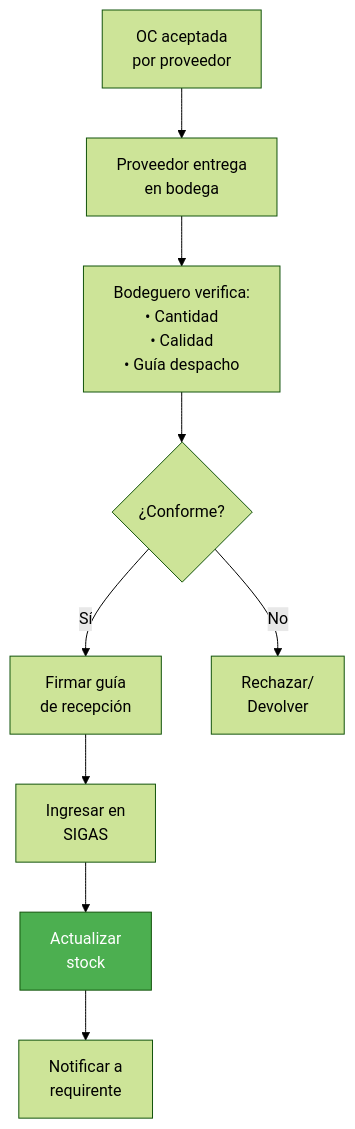
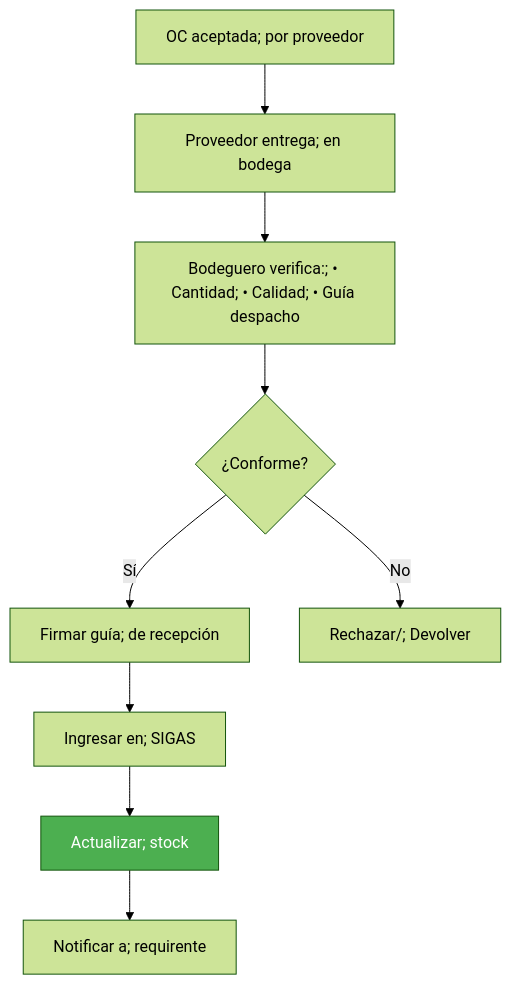
Before and after one commit to felix-antonio-sl/kora: the third of 12 diagrams in drafts/gn/bpmn/bpmn-d05-inventarios-activo-fijo.md, drawn with Mermaid (forest theme). The commit also changed other lines of this file and 265 other files, not shown here.

````diff
--- a/drafts/gn/bpmn/bpmn-d05-inventarios-activo-fijo.md
+++ b/drafts/gn/bpmn/bpmn-d05-inventarios-activo-fijo.md
@@ -115,12 +118,13 @@
 ```mermaid
 flowchart TD
-    A["OC aceptada<br/>por proveedor"] --> B["Proveedor entrega<br/>en bodega"]
-    B --> C["Bodeguero verifica:<br/>• Cantidad<br/>• Calidad<br/>• Guía despacho"]
-    C --> D{"¿Conforme?"}
-    D -->|"Sí"| E["Firmar guía<br/>de recepción"]
-    D -->|"No"| F["Rechazar/<br/>Devolver"]
-    E --> G["Ingresar en<br/>SIGAS"]
-    G --> H["Actualizar<br/>stock"]
-    H --> I["Notificar a<br/>requirente"]
-    style H fill:#4CAF50,color:#fff
+ A["OC aceptada; por proveedor"] --> B["Proveedor entrega; en bodega"]
+ B --> C["Bodeguero verifica:; • Cantidad; • Calidad; • Guía despacho"]
+ C --> D{"¿Conforme?"}
+ D -->|"Sí"| E["Firmar guía; de recepción"]
+ D -->|"No"| F["Rechazar/; Devolver"]
+ E --> G["Ingresar en; SIGAS"]
+ G --> H["Actualizar; stock"]
+ H --> I["Notificar a; requirente"]
+
+ style H fill:#4CAF50,color:#fff
 ```
````
